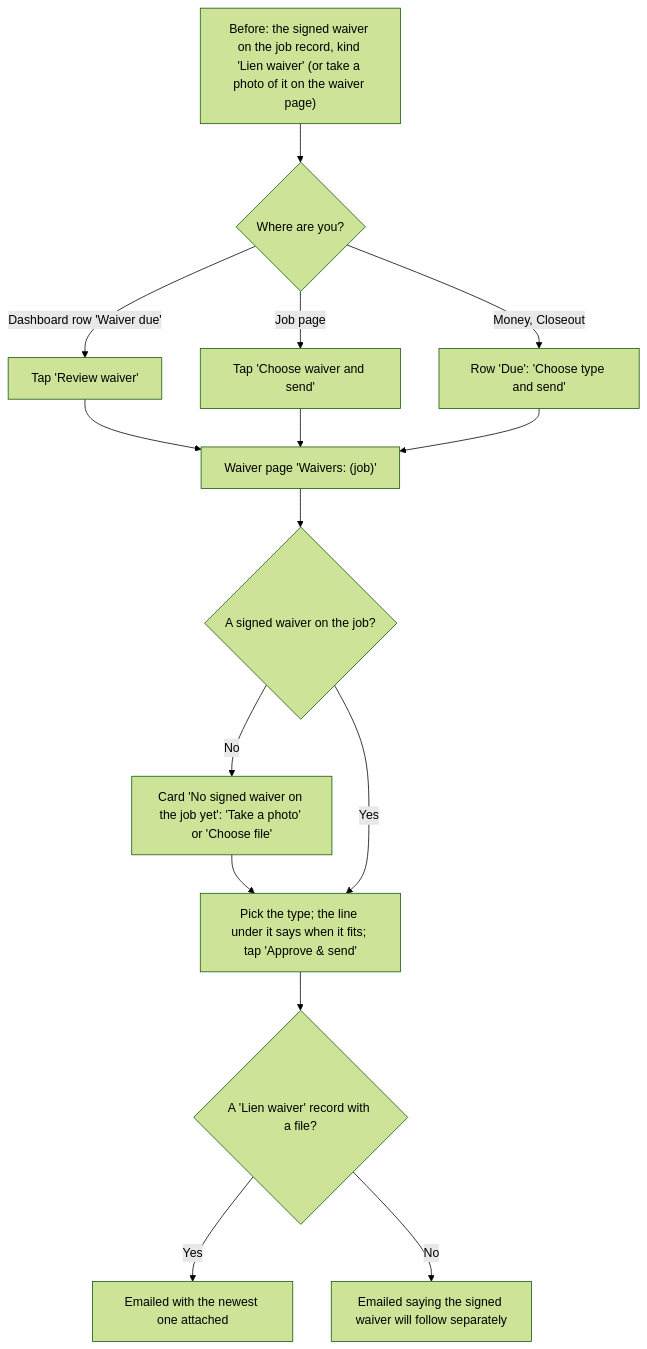
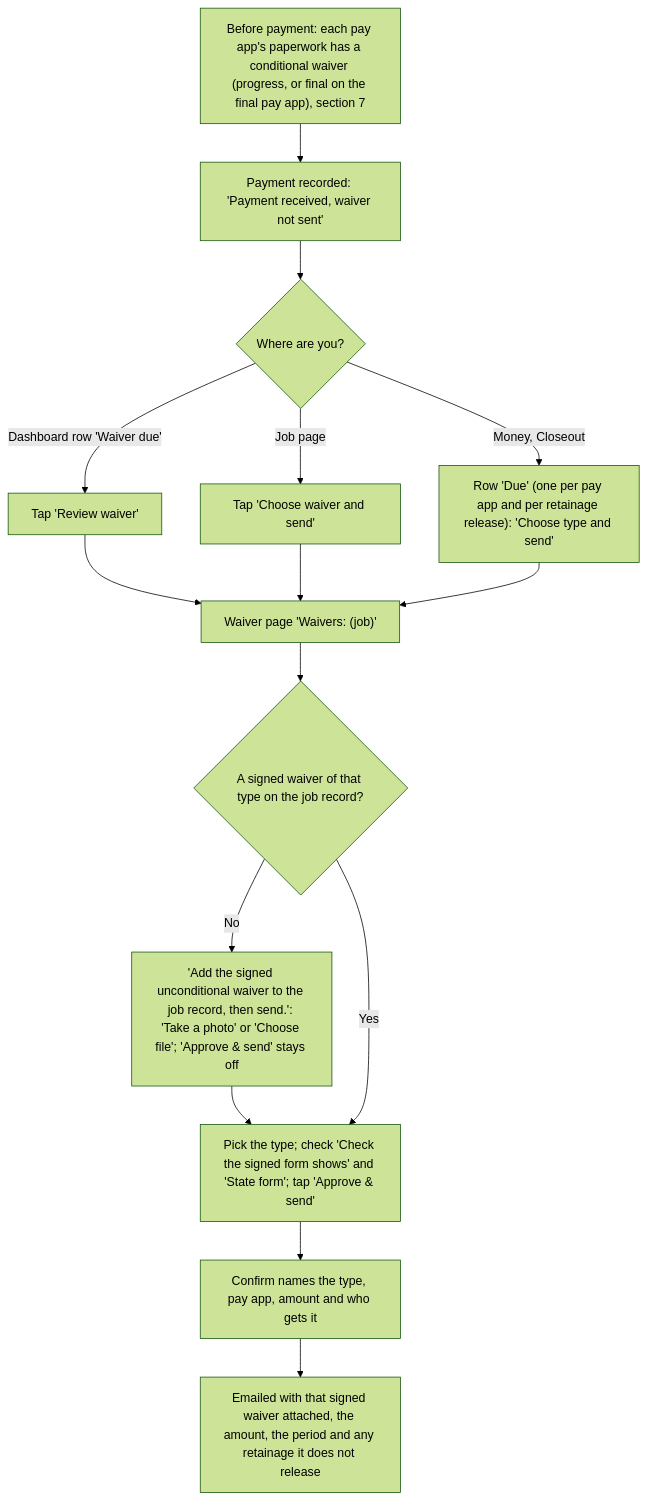
Diagram 11 of 15 in docs/client-flows.md (cartwrightstephen/billdable), drawn with Mermaid (forest theme) before and after one commit. The commit also changed other lines of this file and 8 other files, not shown here.

First line of the commit message:
Finish the waiver form list, closeout skips and the docs for paperwork, waivers and retainage

````diff
--- a/docs/client-flows.md
+++ b/docs/client-flows.md
@@ -414,17 +416,17 @@
 ```mermaid
 flowchart TD
-    A["Before: the signed waiver on the job record, kind 'Lien waiver' (or take a photo of it on the waiver page)"] --> B{"Where are you?"}
+    A0["Before payment: each pay app's paperwork has a conditional waiver (progress, or final on the final pay app), section 7"] --> A
+    A["Payment recorded: 'Payment received, waiver not sent'"] --> B{"Where are you?"}
     B -->|"Dashboard row 'Waiver due'"| C["Tap 'Review waiver'"]
     B -->|"Job page"| C2["Tap 'Choose waiver and send'"]
-    B -->|"Money, Closeout"| C3["Row 'Due': 'Choose type and send'"]
+    B -->|"Money, Closeout"| C3["Row 'Due' (one per pay app and per retainage release): 'Choose type and send'"]
     C --> D["Waiver page 'Waivers: (job)'"]
     C2 --> D
     C3 --> D
-    D --> E{"A signed waiver on the job?"}
-    E -->|"No"| E1["Card 'No signed waiver on the job yet': 'Take a photo' or 'Choose file'"]
+    D --> E{"A signed waiver of that type on the job record?"}
+    E -->|"No"| E1["'Add the signed unconditional waiver to the job record, then send.': 'Take a photo' or 'Choose file'; 'Approve & send' stays off"]
     E1 --> F
-    E -->|"Yes"| F["Pick the type; the line under it says when it fits; tap 'Approve & send'"]
-    F --> H{"A 'Lien waiver' record with a file?"}
-    H -->|"Yes"| I["Emailed with the newest one attached"]
-    H -->|"No"| J["Emailed saying the signed waiver will follow separately"]
+    E -->|"Yes"| F["Pick the type; check 'Check the signed form shows' and 'State form'; tap 'Approve & send'"]
+    F --> G["Confirm names the type, pay app, amount and who gets it"]
+    G --> I["Emailed with that signed waiver attached, the amount, the period and any retainage it does not release"]
 ```
````
